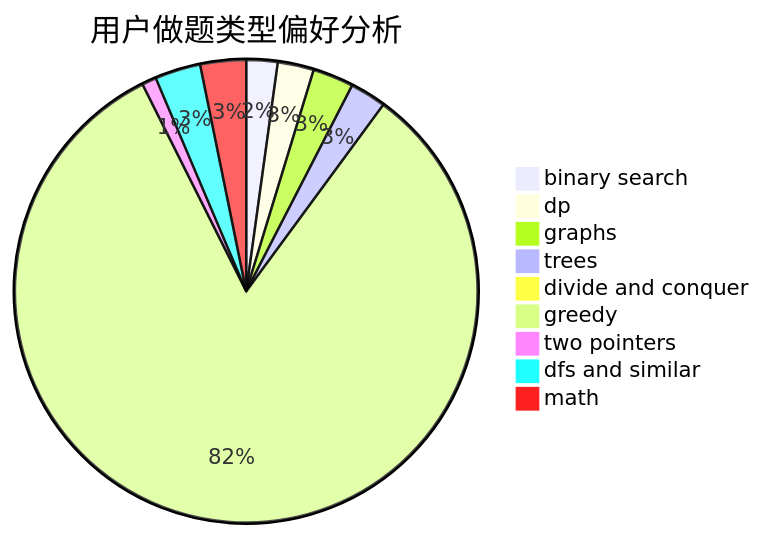
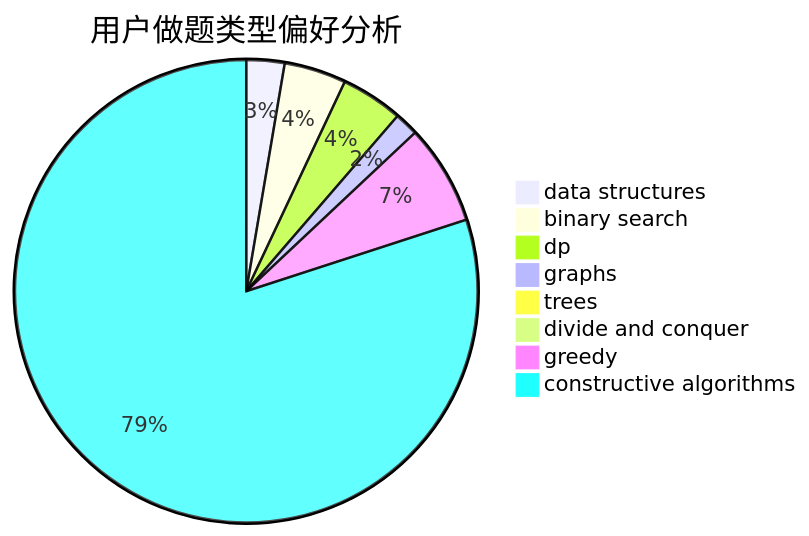
Before and after one commit to sherpahu/cfrs.github.io: the second of 3 diagrams in docs/user/u2466.md, drawn with Mermaid. The commit also changed other lines of this file and 2775 other files, not shown here.

````diff
--- a/docs/user/u2466.md
+++ b/docs/user/u2466.md
@@ -23,12 +23,11 @@
 ```mermaid
 pie title 用户做题类型偏好分析
+    "data structures" :  8
     "binary search" :  13
-    "dp" :  15
-    "graphs" :  17
-    "trees" :  15
-    "divide and conquer" :  2
-    "greedy" :  491
-    "two pointers" :  6
-    "dfs and similar" :  19
-    "math" :  19
+    "dp" :  13
+    "graphs" :  5
+    "trees" :  3
+    "divide and conquer" :  1
+    "greedy" :  21
+    "constructive algorithms" :  240
 ```
````
